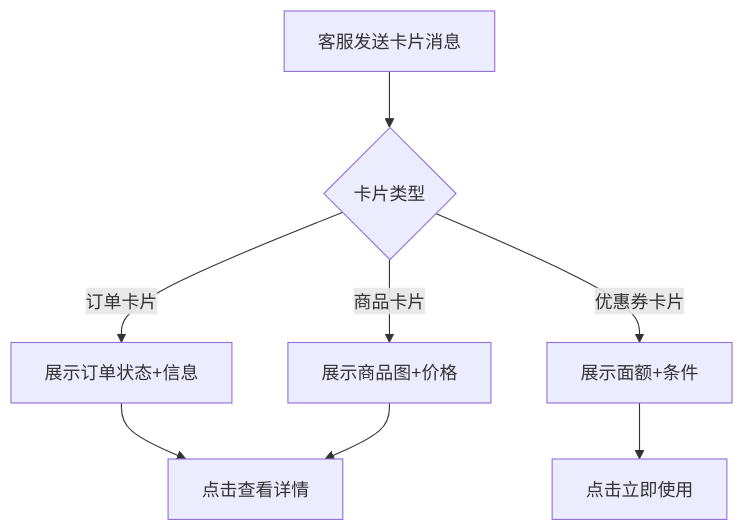
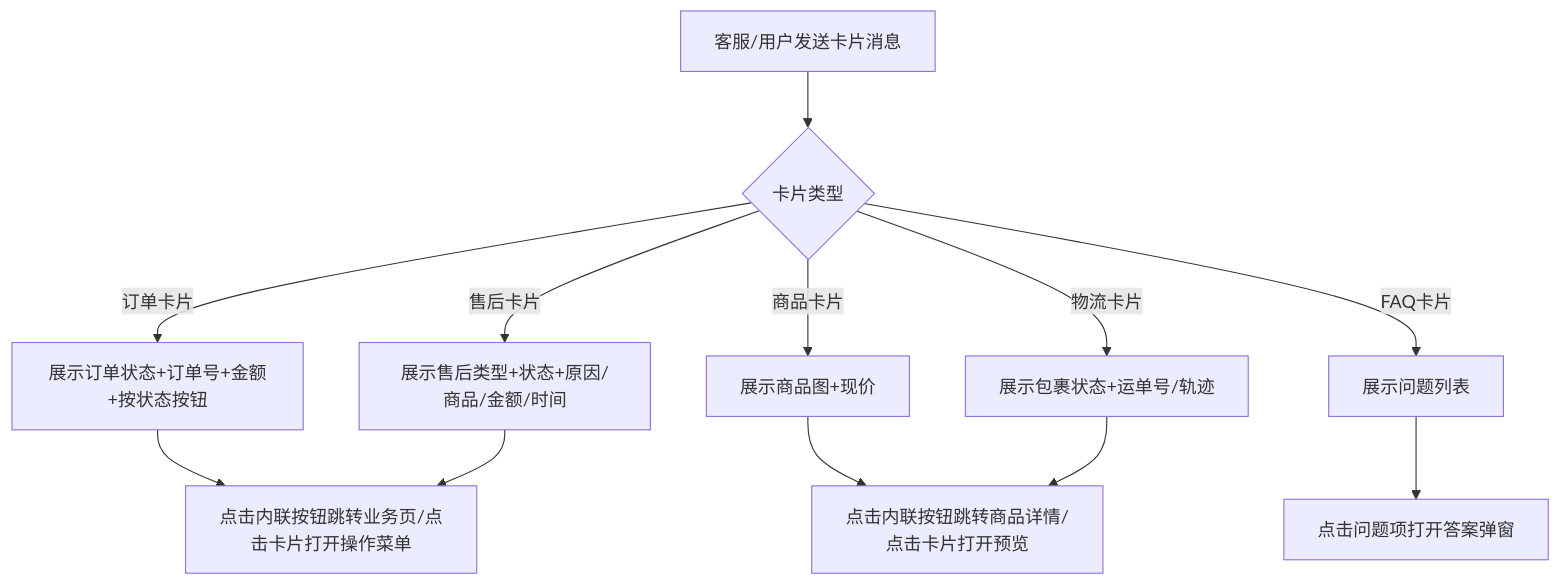
One commit to lyuxiaohei/OCS changed the second of 8 diagrams in prototype-cs/user/PRD/02-聊天主界面.md. Above: the diagram before and after it, drawn with Mermaid. The commit also changed other lines of this file and 40 other files, not shown here.

Commit message:
feat: 卡片两端统一+订单详情+会话列表高保真+话术库+图片选择器

````diff
--- a/prototype-cs/user/PRD/02-聊天主界面.md
+++ b/prototype-cs/user/PRD/02-聊天主界面.md
@@ -205,10 +212,14 @@
 ```mermaid
 flowchart TD
-    A[客服发送卡片消息] --> B{卡片类型}
-    B -->|订单卡片| C[展示订单状态+信息]
-    B -->|商品卡片| D[展示商品图+价格]
-    B -->|优惠券卡片| E[展示面额+条件]
-    C --> F[点击查看详情]
-    D --> F
-    E --> G[点击立即使用]
+    A[客服/用户发送卡片消息] --> B{卡片类型}
+    B -->|订单卡片| C[展示订单状态+订单号+金额+按状态按钮]
+    B -->|售后卡片| D[展示售后类型+状态+原因/商品/金额/时间]
+    B -->|商品卡片| E[展示商品图+现价]
+    B -->|物流卡片| F[展示包裹状态+运单号/轨迹]
+    B -->|FAQ卡片| G[展示问题列表]
+    C --> H[点击内联按钮跳转业务页/点击卡片打开操作菜单]
+    D --> H
+    E --> I[点击内联按钮跳转商品详情/点击卡片打开预览]
+    F --> I
+    G --> J[点击问题项打开答案弹窗]
 ```
````
